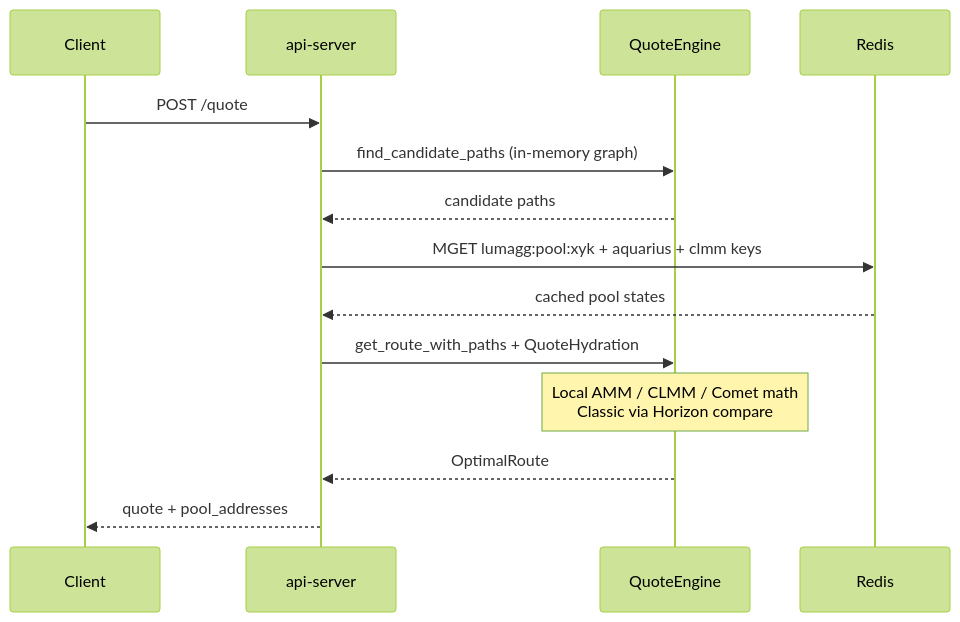
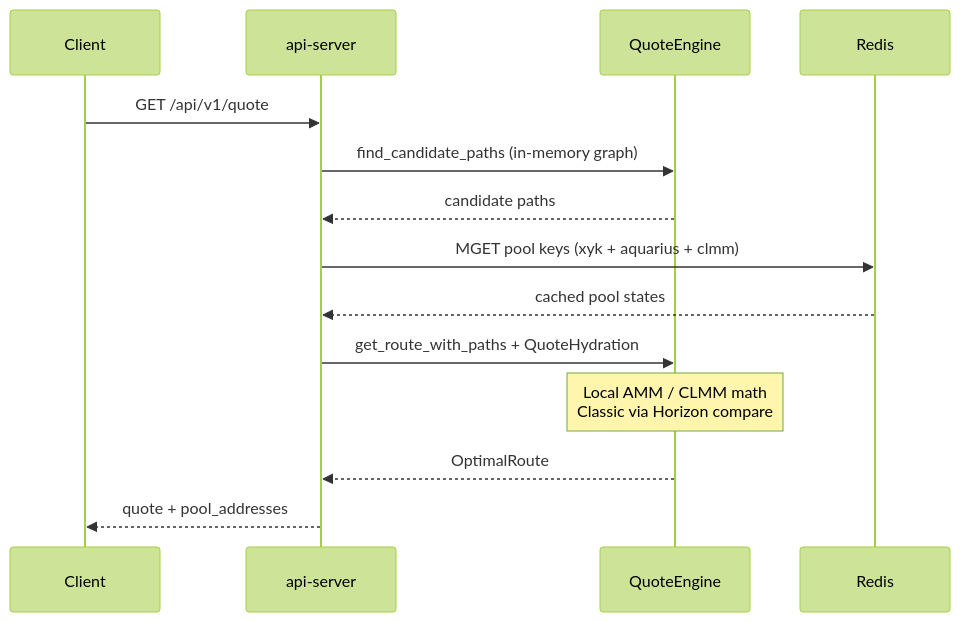
Before and after one commit to Lum-Agg/stellar-dex-agg: the third of 3 diagrams in README.md, drawn with Mermaid (forest theme). The commit also changed other lines of this file and 10 other files, not shown here.

````diff
--- a/README.md
+++ b/README.md
@@ -122,17 +111,17 @@
 ```mermaid
 sequenceDiagram
   participant C as Client
   participant API as api-server
   participant RE as QuoteEngine
   participant R as Redis
 
-  C->>API: POST /quote
+  C->>API: GET /api/v1/quote
   API->>RE: find_candidate_paths (in-memory graph)
   RE-->>API: candidate paths
-  API->>R: MGET lumagg:pool:xyk + aquarius + clmm keys
+  API->>R: MGET pool keys (xyk + aquarius + clmm)
   R-->>API: cached pool states
   API->>RE: get_route_with_paths + QuoteHydration
-  Note over RE: Local AMM / CLMM / Comet math<br/>Classic via Horizon compare
+  Note over RE: Local AMM / CLMM math<br/>Classic via Horizon compare
   RE-->>API: OptimalRoute
   API-->>C: quote + pool_addresses
 ```
````
